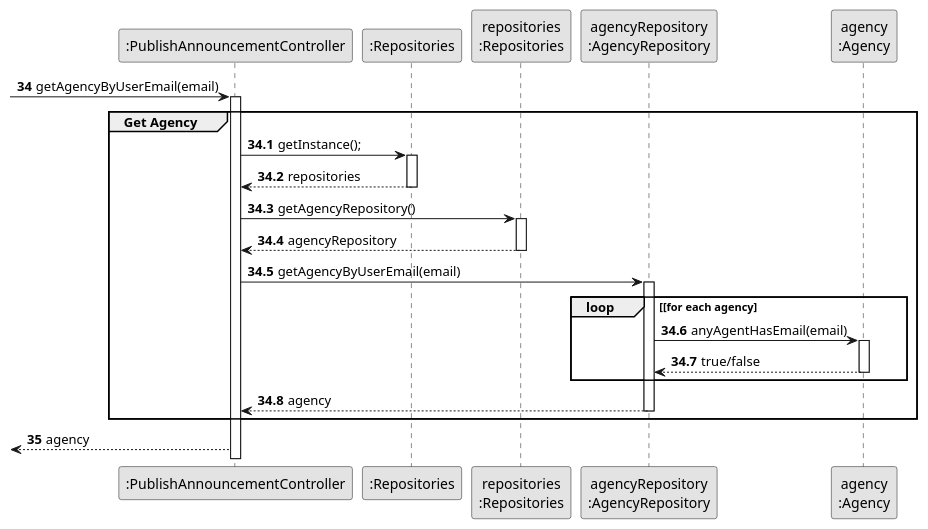
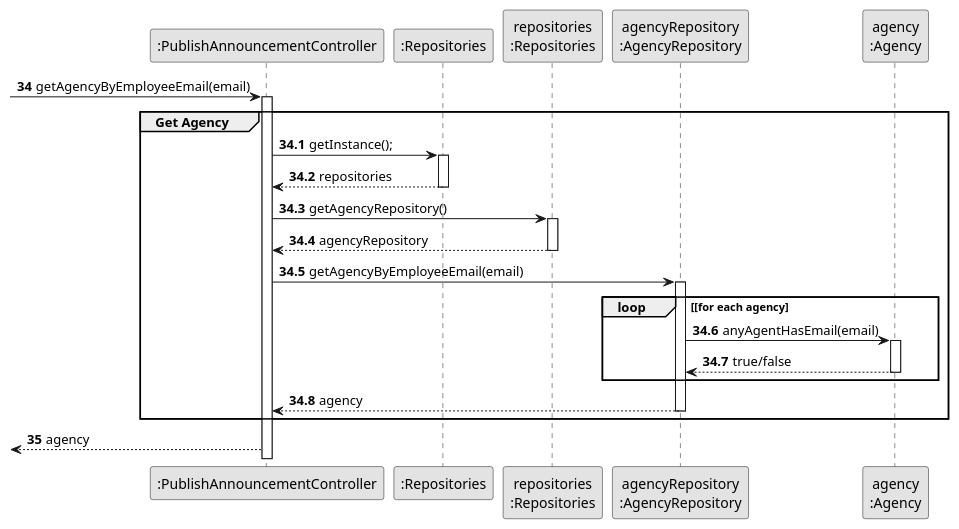
The diagram in docs/sprintC/us002/03.design/puml/us002-sequence-diagram-partial-get-agency.puml (rita-barbosa/LAPR2-2223), drawn with PlantUML before and after one commit. The commit also changed 5 other files, not shown here.

```diff
--- a/docs/sprintC/us002/03.design/puml/us002-sequence-diagram-partial-get-agency.puml
+++ b/docs/sprintC/us002/03.design/puml/us002-sequence-diagram-partial-get-agency.puml
@@ -1,56 +1,56 @@
 @startuml
 skinparam monochrome true
 skinparam packageStyle rectangle
 skinparam shadowing false\
 
 
 
 participant ":PublishAnnouncementController" as CTRL
 participant ":Repositories" as RepositorySingleton
 participant "repositories\n:Repositories" as PLAT
 participant "agencyRepository\n:AgencyRepository" as AgencyRepository
 participant "agency\n:Agency" as AGENCY
 
 
 autonumber 34
 
-             -> CTRL : getAgencyByUserEmail(email)
+             -> CTRL : getAgencyByEmployeeEmail(email)
              activate CTRL
 
 autonumber 34.1
 
     group Get Agency
 
              CTRL-> RepositorySingleton : getInstance();
              activate RepositorySingleton
 
              RepositorySingleton --> CTRL: repositories
              deactivate RepositorySingleton
 
 
              CTRL -> PLAT: getAgencyRepository()
              activate PLAT
 
              PLAT --> CTRL: agencyRepository
              deactivate PLAT
 
 
-             CTRL -> AgencyRepository: getAgencyByUserEmail(email)
+             CTRL -> AgencyRepository: getAgencyByEmployeeEmail(email)
              activate AgencyRepository
 
                  loop [for each agency
                      AgencyRepository -> AGENCY : anyAgentHasEmail(email)
                      activate AGENCY
 
                           AGENCY --> AgencyRepository : true/false
                      deactivate AGENCY
                  end
                  AgencyRepository --> CTRL : agency
              deactivate AgencyRepository
     end
 
 autonumber 35
 
     <-- CTRL : agency
 
 @enduml
```
